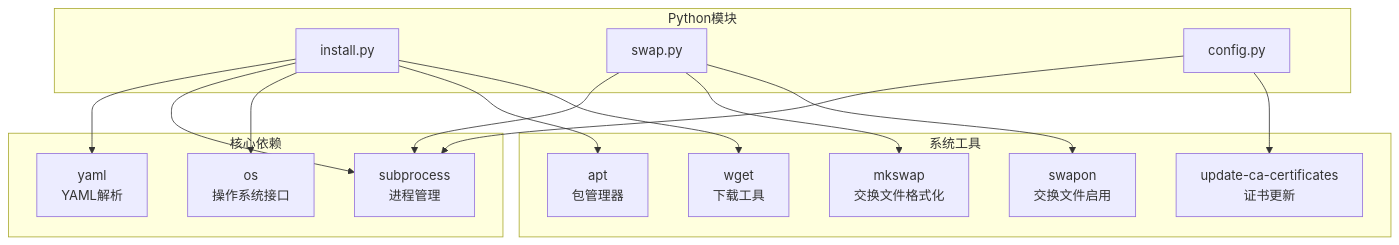
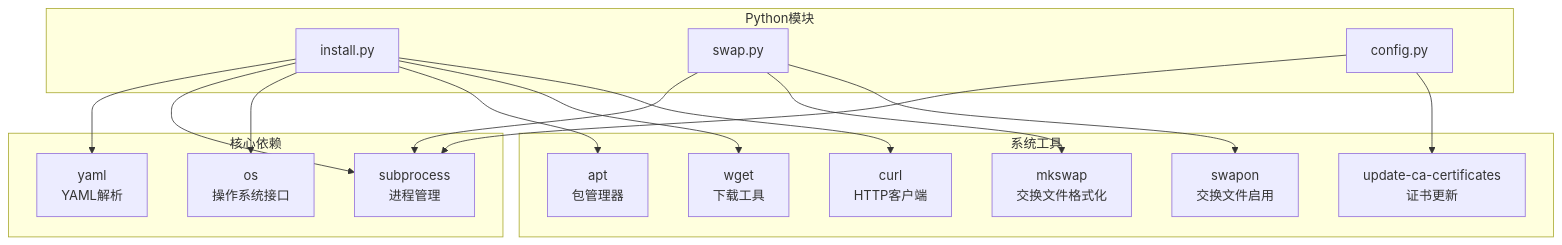
The eighth of 8 diagrams in .qoder/repowiki/zh/content/API参考/Python API.md (firestrongarch/install), drawn with Mermaid before and after one commit. The commit also changed other lines of this file and 5 other files, not shown here.

````diff
--- a/.qoder/repowiki/zh/content/API参考/Python API.md
+++ b/.qoder/repowiki/zh/content/API参考/Python API.md
@@ -305,30 +666,32 @@
 ```mermaid
 graph TB
 subgraph "核心依赖"
 A[yaml<br/>YAML解析]
 B[subprocess<br/>进程管理]
 C[os<br/>操作系统接口]
 end
 subgraph "系统工具"
 D[apt<br/>包管理器]
 E[wget<br/>下载工具]
 F[update-ca-certificates<br/>证书更新]
 G[mkswap<br/>交换文件格式化]
 H[swapon<br/>交换文件启用]
+I[curl<br/>HTTP客户端]
 end
 subgraph "Python模块"
-I[install.py]
-J[swap.py]
-K[config.py]
+J[install.py]
+K[swap.py]
+L[config.py]
 end
-I --> A
-I --> B
-I --> C
+J --> A
 J --> B
+J --> C
 K --> B
-I --> D
-I --> E
-J --> G
-J --> H
-K --> F
+L --> B
+J --> D
+J --> E
+J --> I
+K --> G
+K --> H
+L --> F
 ```
````
